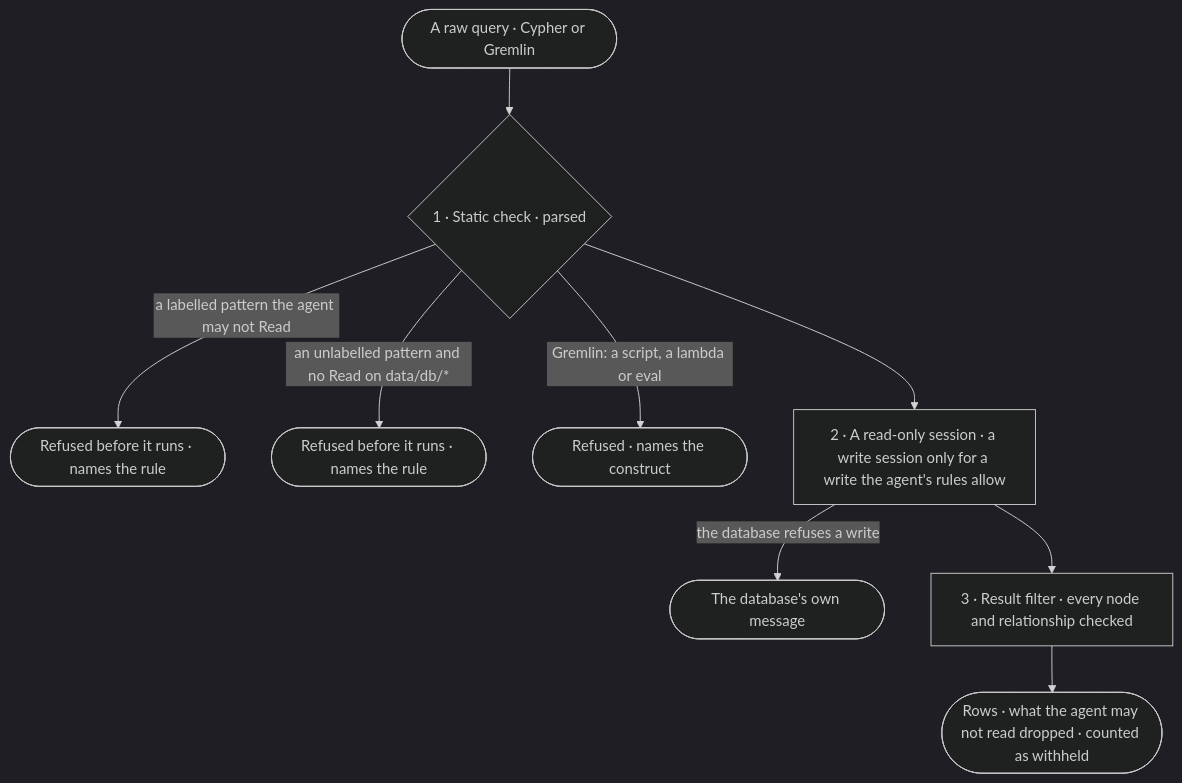
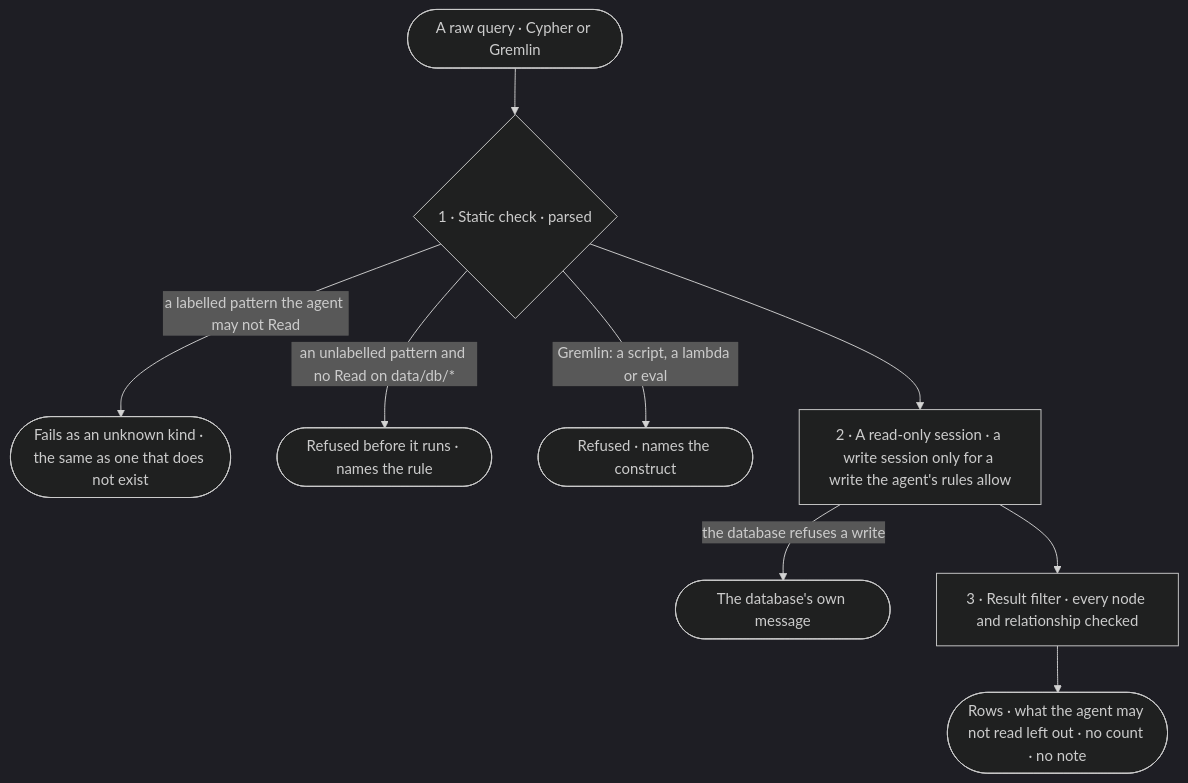
One commit to invana/invana changed the diagram in specs/os/graph/features/GP-F01-data/stories/GP-05-run-a-raw-query-within-what-the-agent-may-read/story.md. Above: the diagram before and after it, drawn with Mermaid (dark theme). The commit also changed other lines of this file and 69 other files, not shown here.

````diff
--- a/specs/os/graph/features/GP-F01-data/stories/GP-05-run-a-raw-query-within-what-the-agent-may-read/story.md
+++ b/specs/os/graph/features/GP-F01-data/stories/GP-05-run-a-raw-query-within-what-the-agent-may-read/story.md
@@ -30,11 +30,11 @@
 ```mermaid
 flowchart TD
   q([A raw query · Cypher or Gremlin]) --> l1{"1 · Static check · parsed"}
-  l1 -->|a labelled pattern the agent may not Read| r1(["Refused before it runs · names the rule"])
+  l1 -->|a labelled pattern the agent may not Read| r1(["Fails as an unknown kind · the same as one that does not exist"])
   l1 -->|an unlabelled pattern and no Read on data/db/*| r2(["Refused before it runs · names the rule"])
   l1 -->|Gremlin: a script, a lambda or eval| r4(["Refused · names the construct"])
   l1 --> l2["2 · A read-only session · a write session only for a write the agent's rules allow"]
   l2 -->|the database refuses a write| r3(["The database's own message"])
   l2 --> l3["3 · Result filter · every node and relationship checked"]
-  l3 --> o(["Rows · what the agent may not read dropped · counted as withheld"])
+  l3 --> o(["Rows · what the agent may not read left out · no count · no note"])
 ```
````
